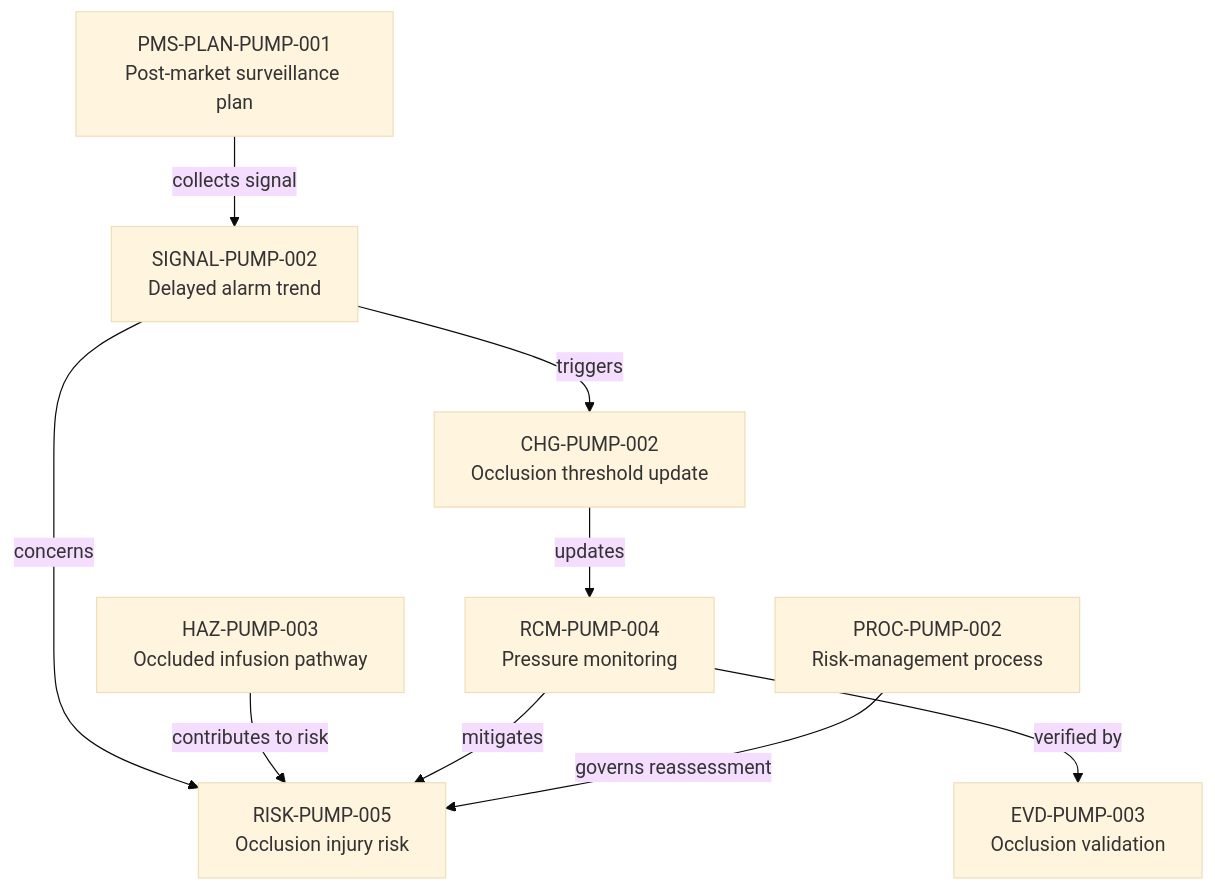
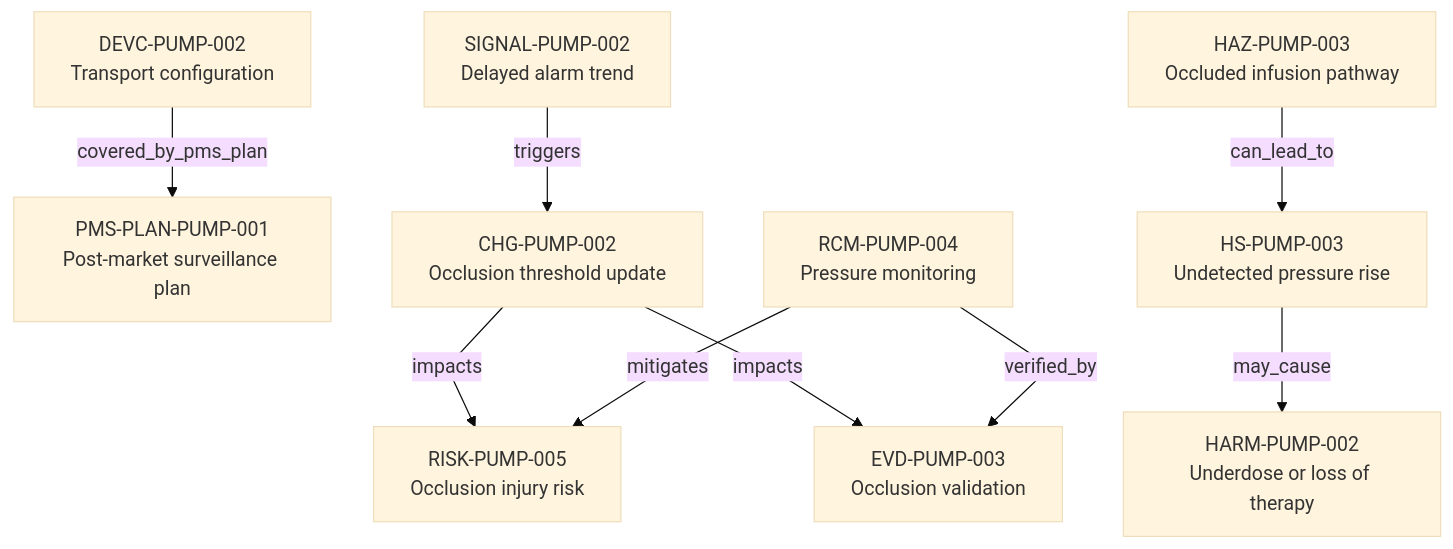
Before and after one commit to mvattulainen/mdrontology: the diagram in content/06-Infpump FlowGuard ontology notes/connections/09-pms-signal-and-change-feedback.md, drawn with Mermaid (base theme). The commit also changed other lines of this file and 321 other files, not shown here.

Commit message:
Implement Mermaid ontology audit findings

````diff
--- a/content/06-Infpump FlowGuard ontology notes/connections/09-pms-signal-and-change-feedback.md
+++ b/content/06-Infpump FlowGuard ontology notes/connections/09-pms-signal-and-change-feedback.md
@@ -25,27 +24,32 @@
 ```mermaid
+%%{init: {"flowchart": {"curve": "linear"}}}%%
 flowchart TD
-  N1["PMS-PLAN-PUMP-001<br/>Post-market surveillance plan"]
-  N2["SIGNAL-PUMP-002<br/>Delayed alarm trend"]
-  N3["CHG-PUMP-002<br/>Occlusion threshold update"]
-  N4["HAZ-PUMP-003<br/>Occluded infusion pathway"]
-  N5["RISK-PUMP-005<br/>Occlusion injury risk"]
-  N6["RCM-PUMP-004<br/>Pressure monitoring"]
-  N7["EVD-PUMP-003<br/>Occlusion validation"]
-  N8["PROC-PUMP-002<br/>Risk-management process"]
-  N1 -->|collects signal| N2
-  N2 -->|triggers| N3
-  N2 -->|concerns| N5
-  N4 -->|contributes to risk| N5
-  N3 -->|updates| N6
-  N6 -->|mitigates| N5
-  N6 -->|verified by| N7
-  N8 -->|governs reassessment| N5
-  click N1 "/06-infpump-flowguard-ontology-notes/pms-plan/pms-plan-pump-001-infpump-flowguard-post-market-surveillance-plan" "Open PMS-PLAN-PUMP-001"
-  click N2 "/06-infpump-flowguard-ontology-notes/signal/signal-pump-002-delayed-occlusion-alarm-trend" "Open SIGNAL-PUMP-002"
-  click N3 "/06-infpump-flowguard-ontology-notes/change/chg-pump-002-occlusion-algorithm-threshold-update" "Open CHG-PUMP-002"
-  click N4 "/06-infpump-flowguard-ontology-notes/hazard/haz-pump-003-occluded-infusion-pathway" "Open HAZ-PUMP-003"
-  click N5 "/06-infpump-flowguard-ontology-notes/risk/risk-pump-005-clinical-injury-following-occluded-infusion-pathway" "Open RISK-PUMP-005"
-  click N6 "/06-infpump-flowguard-ontology-notes/risk-control-measure/rcm-pump-004-occlusion-pressure-monitoring" "Open RCM-PUMP-004"
-  click N7 "/06-infpump-flowguard-ontology-notes/verification-evidence/evd-pump-003-occlusion-detection-validation-report" "Open EVD-PUMP-003"
-  click N8 "/06-infpump-flowguard-ontology-notes/qms-process/proc-pump-002-infusion-pump-risk-management-process" "Open PROC-PUMP-002"
+  N1["DEVC-PUMP-002<br/>Transport configuration"]
+  N2["PMS-PLAN-PUMP-001<br/>Post-market surveillance plan"]
+  N3["SIGNAL-PUMP-002<br/>Delayed alarm trend"]
+  N4["CHG-PUMP-002<br/>Occlusion threshold update"]
+  N5["HAZ-PUMP-003<br/>Occluded infusion pathway"]
+  N6["RISK-PUMP-005<br/>Occlusion injury risk"]
+  N7["RCM-PUMP-004<br/>Pressure monitoring"]
+  N8["EVD-PUMP-003<br/>Occlusion validation"]
+  N9["HS-PUMP-003<br/>Undetected pressure rise"]
+  N10["HARM-PUMP-002<br/>Underdose or loss of therapy"]
+  N1 -->|covered_by_pms_plan| N2
+  N3 -->|triggers| N4
+  N4 -->|impacts| N6
+  N4 -->|impacts| N8
+  N7 -->|mitigates| N6
+  N7 -->|verified_by| N8
+  N5 -->|can_lead_to| N9
+  N9 -->|may_cause| N10
+  click N1 "/06-infpump-flowguard-ontology-notes/device-configuration/devc-pump-002-infpump-flowguard-transport-configuration-10" "Open DEVC-PUMP-002"
+  click N2 "/06-infpump-flowguard-ontology-notes/pms-plan/pms-plan-pump-001-infpump-flowguard-post-market-surveillance-plan" "Open PMS-PLAN-PUMP-001"
+  click N3 "/06-infpump-flowguard-ontology-notes/signal/signal-pump-002-delayed-occlusion-alarm-trend" "Open SIGNAL-PUMP-002"
+  click N4 "/06-infpump-flowguard-ontology-notes/change/chg-pump-002-occlusion-algorithm-threshold-update" "Open CHG-PUMP-002"
+  click N5 "/06-infpump-flowguard-ontology-notes/hazard/haz-pump-003-occluded-infusion-pathway" "Open HAZ-PUMP-003"
+  click N6 "/06-infpump-flowguard-ontology-notes/risk/risk-pump-005-clinical-injury-following-occluded-infusion-pathway" "Open RISK-PUMP-005"
+  click N7 "/06-infpump-flowguard-ontology-notes/risk-control-measure/rcm-pump-004-occlusion-pressure-monitoring" "Open RCM-PUMP-004"
+  click N8 "/06-infpump-flowguard-ontology-notes/verification-evidence/evd-pump-003-occlusion-detection-validation-report" "Open EVD-PUMP-003"
+  click N9 "/06-infpump-flowguard-ontology-notes/hazardous-situation/hs-pump-003-pressure-rises-while-downstream-occlusion-is-undetected" "Open HS-PUMP-003"
+  click N10 "/06-infpump-flowguard-ontology-notes/harm/harm-pump-002-underdose-or-loss-of-therapy" "Open HARM-PUMP-002"
 ```
````
